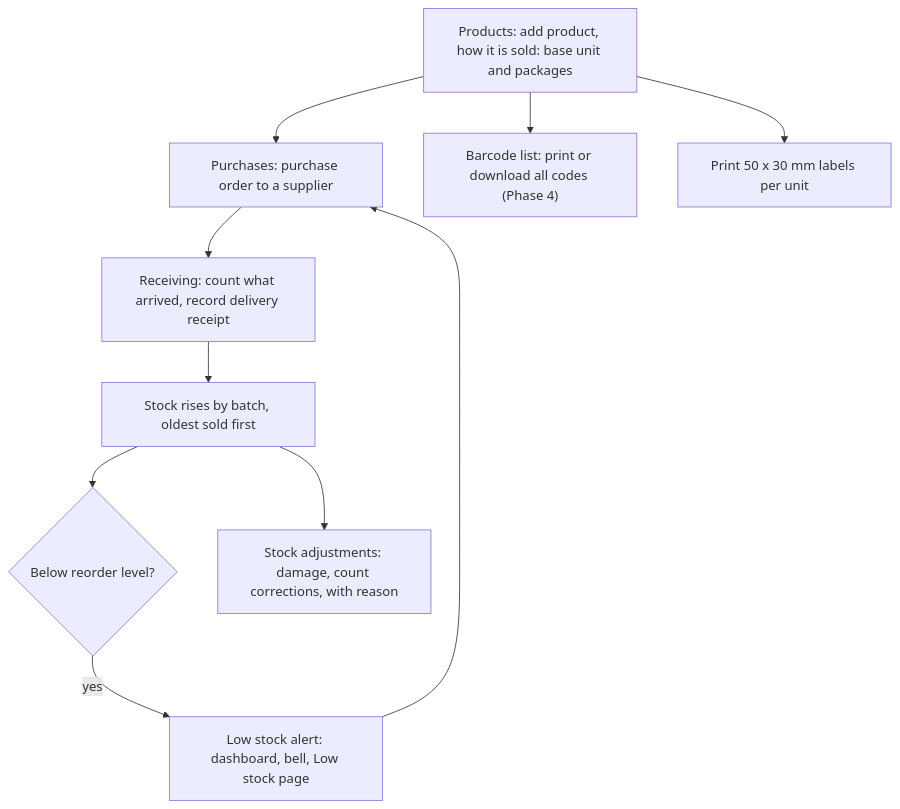
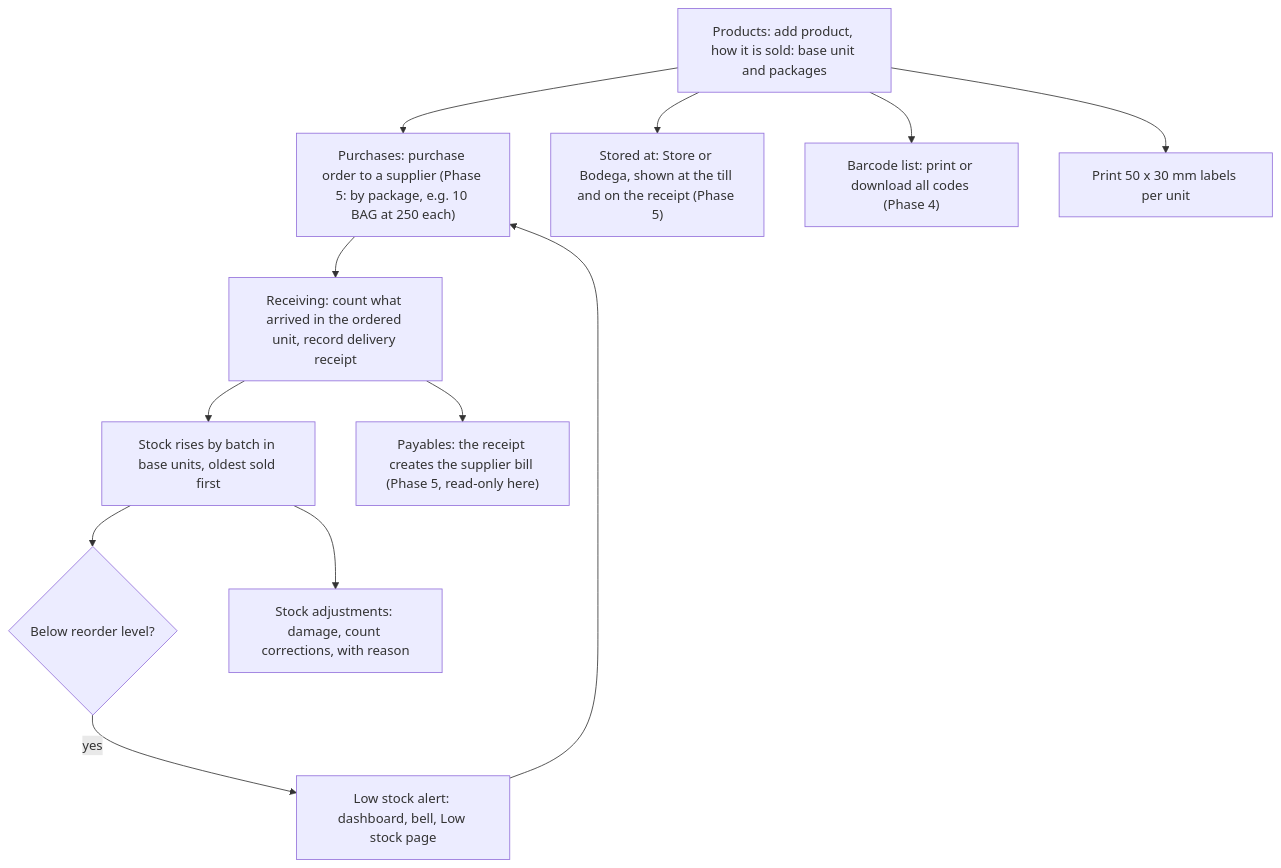
Before and after one commit to ziminni/qb_hardwarestore: the third of 6 diagrams in docs/ROLE-FLOWS.md, drawn with Mermaid. The commit also changed other lines of this file and 144 other files, not shown here.

````diff
--- a/docs/ROLE-FLOWS.md
+++ b/docs/ROLE-FLOWS.md
@@ -57,12 +61,14 @@
 ```mermaid
 flowchart TD
-  P[Products: add product, how it is sold: base unit and packages] --> PO[Purchases: purchase order to a supplier]
-  PO --> RV[Receiving: count what arrived, record delivery receipt]
-  RV --> ST[Stock rises by batch, oldest sold first]
+  P[Products: add product, how it is sold: base unit and packages] --> PO["Purchases: purchase order to a supplier (Phase 5: by package, e.g. 10 BAG at 250 each)"]
+  PO --> RV[Receiving: count what arrived in the ordered unit, record delivery receipt]
+  RV --> ST[Stock rises by batch in base units, oldest sold first]
+  RV --> PB["Payables: the receipt creates the supplier bill (Phase 5, read-only here)"]
   ST --> LS{Below reorder level?}
   LS -- yes --> AL[Low stock alert: dashboard, bell, Low stock page]
   AL --> PO
   ST --> ADJ[Stock adjustments: damage, count corrections, with reason]
+  P --> LOC["Stored at: Store or Bodega, shown at the till and on the receipt (Phase 5)"]
   P --> BL["Barcode list: print or download all codes (Phase 4)"]
   P --> LB[Print 50 x 30 mm labels per unit]
 ```
````
